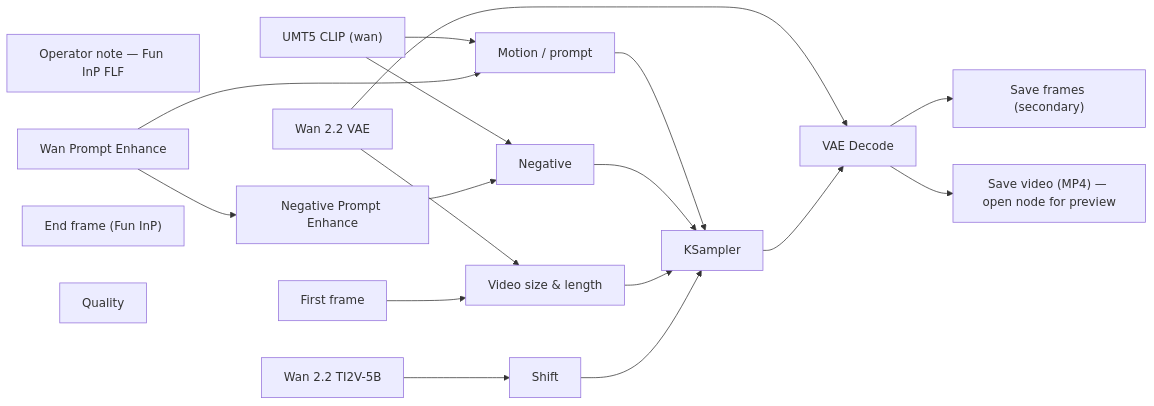
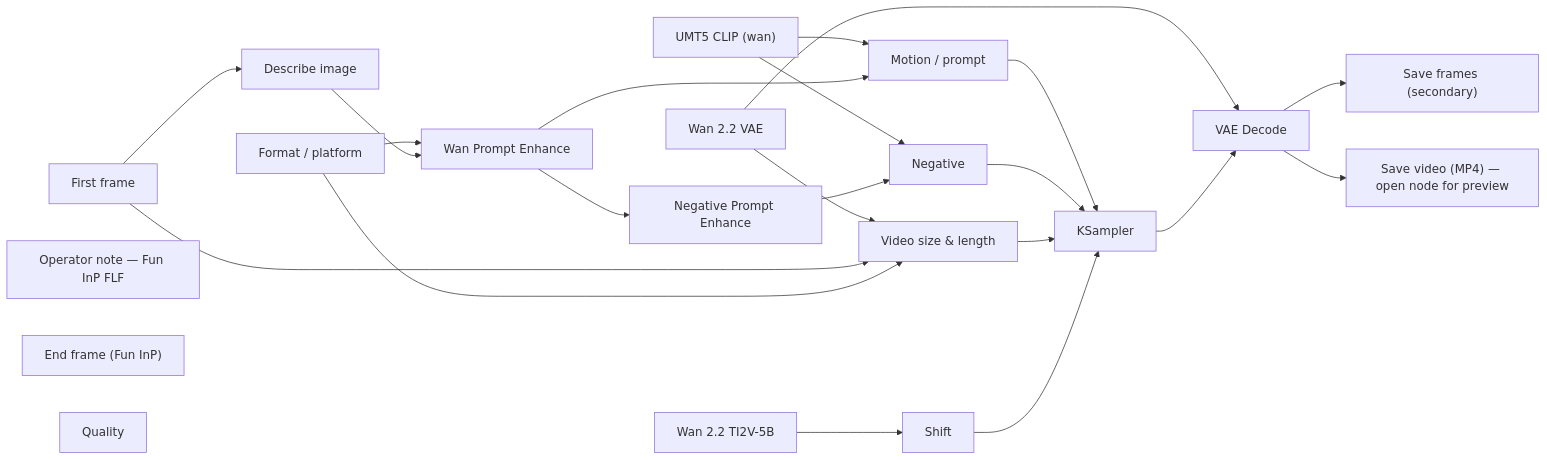
Before and after one commit to toxicoder/ez-comfy-stack: the diagram in docs/generated/workflows/motion/silent/first-last-5s.md, drawn with Mermaid. The commit also changed other lines of this file and 405 other files, not shown here.

````diff
--- a/docs/generated/workflows/motion/silent/first-last-5s.md
+++ b/docs/generated/workflows/motion/silent/first-last-5s.md
@@ -48,36 +50,42 @@
 ```mermaid
 flowchart LR
   N1["Wan 2.2 TI2V-5B"]
   N2["UMT5 CLIP (wan)"]
   N3["Wan 2.2 VAE"]
   N4["First frame"]
   N6["Motion / prompt"]
   N7["Negative"]
   N8["Video size & length"]
   N9["Shift"]
   N10["KSampler"]
   N11["VAE Decode"]
   N12["Save frames (secondary)"]
   N13["Save video (MP4) — open node for preview"]
   N14["Operator note — Fun InP FLF"]
   N15["Wan Prompt Enhance"]
   N16["End frame (Fun InP)"]
   N17["Negative Prompt Enhance"]
   N18["Quality"]
+  N19["Format / platform"]
+  N20["Describe image"]
   N1 --> N9
   N2 --> N6
   N2 --> N7
   N3 --> N8
   N3 --> N11
   N4 --> N8
+  N4 --> N20
   N6 --> N10
   N7 --> N10
   N8 --> N10
   N9 --> N10
   N10 --> N11
   N11 --> N12
   N11 --> N13
   N15 --> N6
   N15 --> N17
   N17 --> N7
+  N19 --> N8
+  N19 --> N15
+  N20 --> N15
 ```
````
